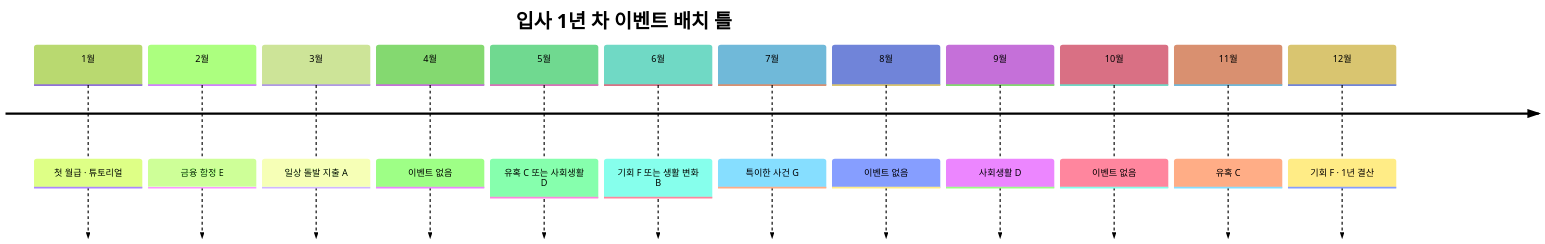
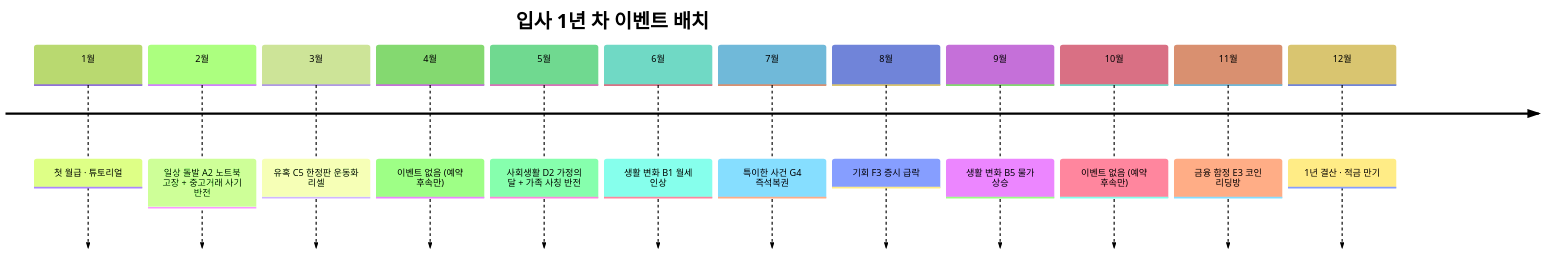
Before and after one commit to tasoo-oos/computer-subject-teaching-team-12-meterial: the third of 4 diagrams in 가계부-시나리오-수업-기획서.md, drawn with Mermaid (forest theme). The commit also changed other lines of this file, not shown here.

````diff
--- a/가계부-시나리오-수업-기획서.md
+++ b/가계부-시나리오-수업-기획서.md
@@ -289,16 +361,16 @@
 ```mermaid
 timeline
-    title 입사 1년 차 이벤트 배치 틀
+    title 입사 1년 차 이벤트 배치
     1월 : 첫 월급 · 튜토리얼
-    2월 : 금융 함정 E
-    3월 : 일상 돌발 지출 A
-    4월 : 이벤트 없음
-    5월 : 유혹 C 또는 사회생활 D
-    6월 : 기회 F 또는 생활 변화 B
-    7월 : 특이한 사건 G
-    8월 : 이벤트 없음
-    9월 : 사회생활 D
-    10월 : 이벤트 없음
-    11월 : 유혹 C
-    12월 : 기회 F · 1년 결산
+    2월 : 일상 돌발 A2 노트북 고장 + 중고거래 사기 반전
+    3월 : 유혹 C5 한정판 운동화 리셀
+    4월 : 이벤트 없음 (예약 후속만)
+    5월 : 사회생활 D2 가정의 달 + 가족 사칭 반전
+    6월 : 생활 변화 B1 월세 인상
+    7월 : 특이한 사건 G4 즉석복권
+    8월 : 기회 F3 증시 급락
+    9월 : 생활 변화 B5 물가 상승
+    10월 : 이벤트 없음 (예약 후속만)
+    11월 : 금융 함정 E3 코인 리딩방
+    12월 : 1년 결산 · 적금 만기
 ```
````
